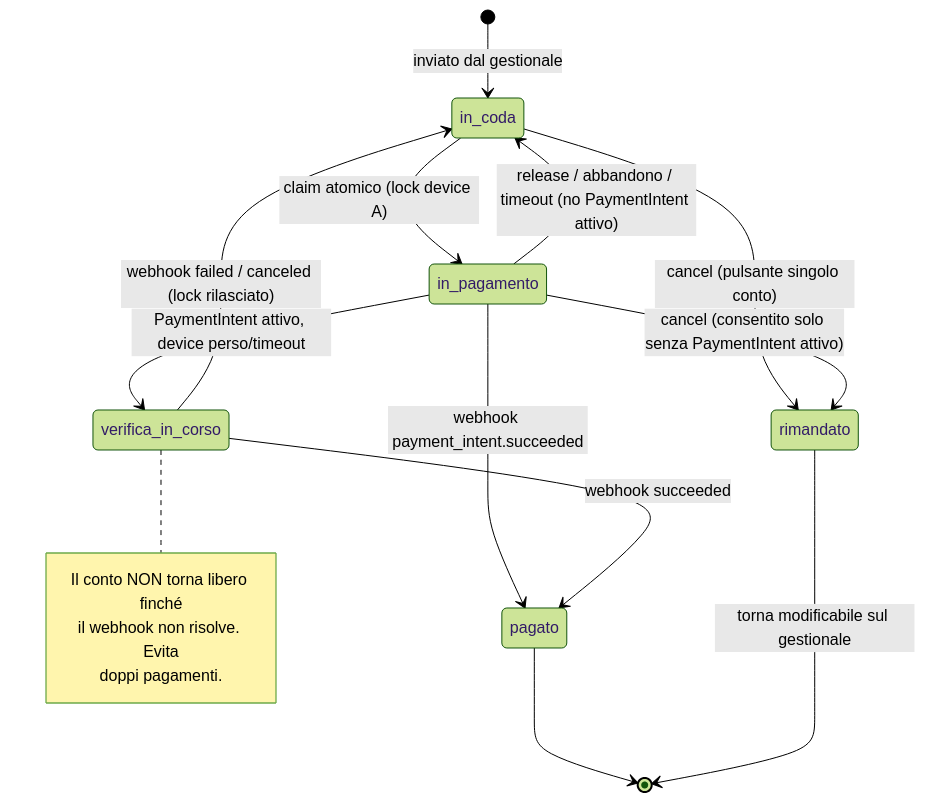
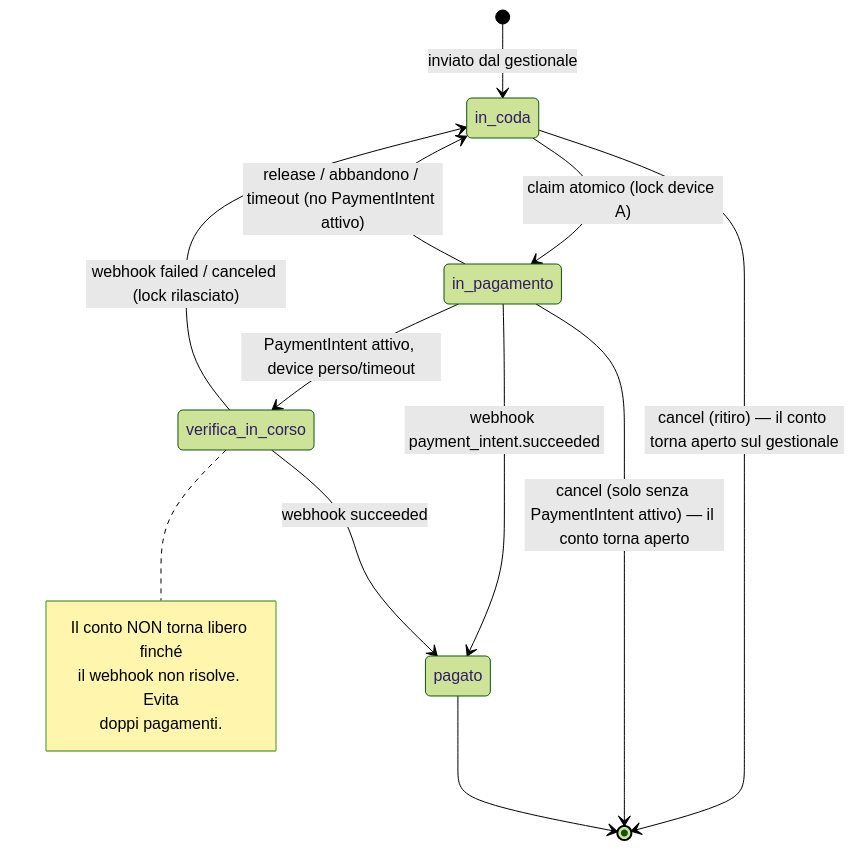
The first of 2 diagrams in staff/Specifica-Backend.md (Haise02/byup-fresh), drawn with Mermaid (forest theme) before and after one commit. The commit also changed other lines of this file and 8 other files, not shown here.

````diff
--- a/staff/Specifica-Backend.md
+++ b/staff/Specifica-Backend.md
@@ -87,20 +87,19 @@
 ```mermaid
 stateDiagram-v2
     [*] --> in_coda: inviato dal gestionale
     in_coda --> in_pagamento: claim atomico (lock device A)
     in_pagamento --> in_coda: release / abbandono / timeout (no PaymentIntent attivo)
     in_pagamento --> verifica_in_corso: PaymentIntent attivo, device perso/timeout
     in_pagamento --> pagato: webhook payment_intent.succeeded
     verifica_in_corso --> pagato: webhook succeeded
     verifica_in_corso --> in_coda: webhook failed / canceled (lock rilasciato)
-    in_coda --> rimandato: cancel (pulsante singolo conto)
-    in_pagamento --> rimandato: cancel (consentito solo senza PaymentIntent attivo)
+    in_coda --> [*]: cancel (ritiro) — il conto torna aperto sul gestionale
+    in_pagamento --> [*]: cancel (solo senza PaymentIntent attivo) — il conto torna aperto
     pagato --> [*]
-    rimandato --> [*]: torna modificabile sul gestionale
 
     note right of verifica_in_corso
         Il conto NON torna libero finché
         il webhook non risolve. Evita
         doppi pagamenti.
     end note
 ```
````
